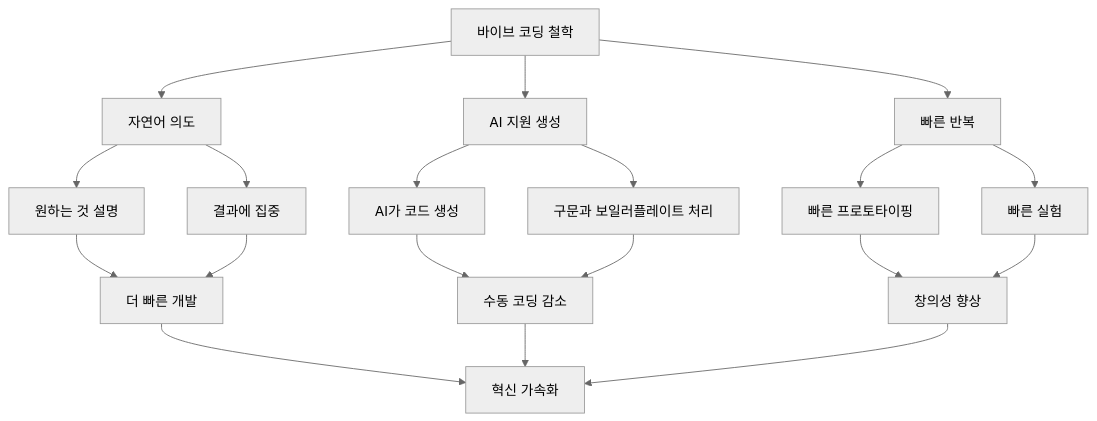
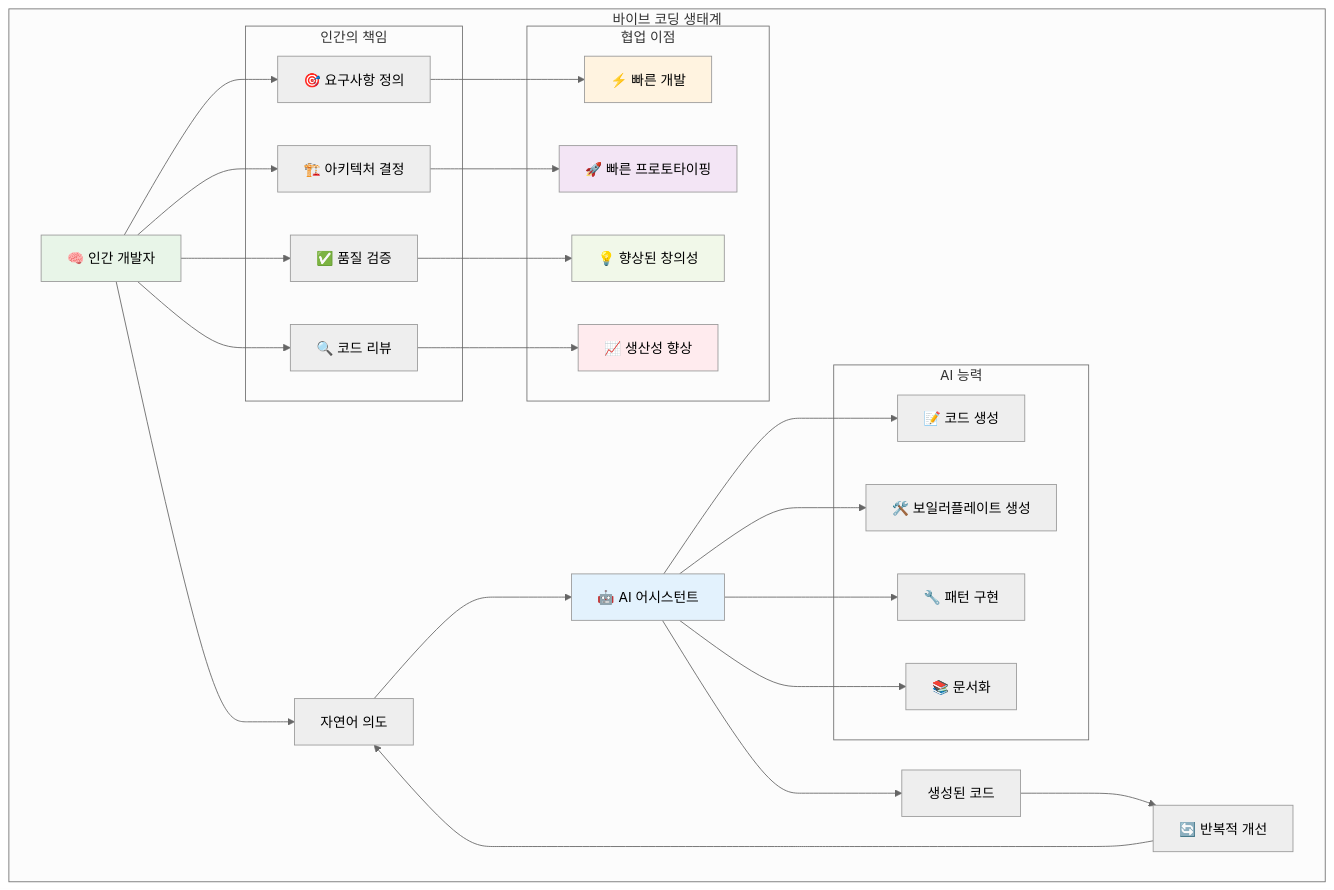
The second of 4 diagrams in chapters/ko/chapter-01.md (hunkim/VibeSoftwareEngineering), drawn with Mermaid (neutral theme) before and after one commit. The commit also changed other lines of this file and 7 other files, not shown here.

````diff
--- a/chapters/ko/chapter-01.md
+++ b/chapters/ko/chapter-01.md
@@ -27,26 +61,53 @@
 ```mermaid
 graph TD
-    A["바이브 코딩 철학"] --> B["자연어 의도"]
-    A --> C["AI 지원 생성"]
-    A --> D["빠른 반복"]
+    subgraph "바이브 코딩 생태계"
+        A["🧠 인간 개발자"] --> B["자연어 의도"]
+        B --> C["🤖 AI 어시스턴트"]
+        C --> D["생성된 코드"]
+        D --> E["🔄 반복적 개선"]
+        E --> B
+        
+        subgraph "인간의 책임"
+            F["🎯 요구사항 정의"]
+            G["🏗️ 아키텍처 결정"]
+            H["✅ 품질 검증"]
+            I["🔍 코드 리뷰"]
+        end
+        
+        subgraph "AI 능력"
+            J["📝 코드 생성"]
+            K["🛠️ 보일러플레이트 생성"]
+            L["🔧 패턴 구현"]
+            M["📚 문서화"]
+        end
+        
+        subgraph "협업 이점"
+            N["⚡ 빠른 개발"]
+            O["🚀 빠른 프로토타이핑"]
+            P["💡 향상된 창의성"]
+            Q["📈 생산성 향상"]
+        end
+    end
     
-    B --> E["원하는 것 설명"]
-    B --> F["결과에 집중"]
+    A --> F
+    A --> G
+    A --> H
+    A --> I
     
-    C --> G["AI가 코드 생성"]
-    C --> H["구문과 보일러플레이트 처리"]
+    C --> J
+    C --> K
+    C --> L
+    C --> M
     
-    D --> I["빠른 프로토타이핑"]
-    D --> J["빠른 실험"]
+    F --> N
+    G --> O
+    H --> P
+    I --> Q
     
-    E --> K["더 빠른 개발"]
-    F --> K
-    G --> L["수동 코딩 감소"]
-    H --> L
-    I --> M["창의성 향상"]
-    J --> M
-    
-    K --> N["혁신 가속화"]
-    L --> N
-    M --> N
+    style A fill:#e8f5e8
+    style C fill:#e3f2fd
+    style N fill:#fff3e0
+    style O fill:#f3e5f5
+    style P fill:#f1f8e9
+    style Q fill:#ffebee
 ```
````
